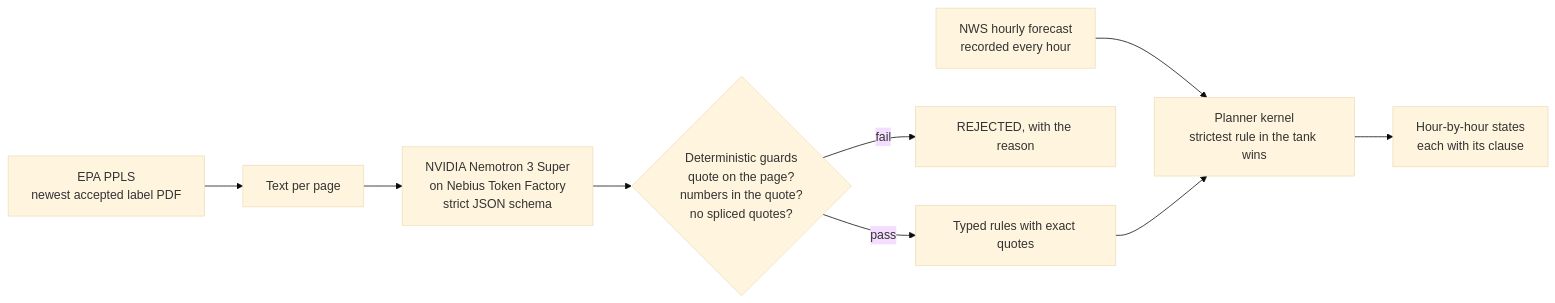
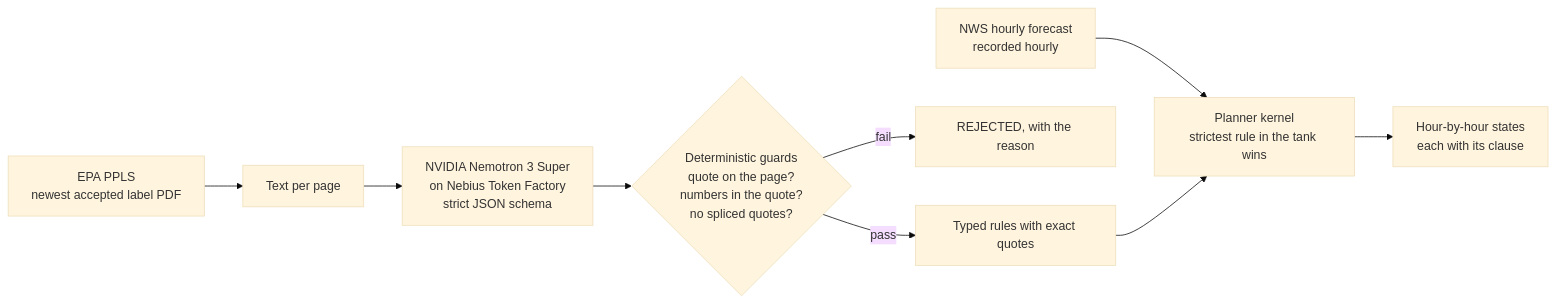
One commit to StephenSook/labelhand changed the diagram in README.md. Above: the diagram before and after it, drawn with Mermaid (base theme). The commit also changed other lines of this file and 1 other file, not shown here.

Commit message:
Document the season replay and day-ahead forecast check-back with audited numbers

````diff
--- a/README.md
+++ b/README.md
@@ -24,11 +24,11 @@
 ```mermaid
 flowchart LR
   A[EPA PPLS<br/>newest accepted label PDF] --> B[Text per page]
   B --> C[NVIDIA Nemotron 3 Super<br/>on Nebius Token Factory<br/>strict JSON schema]
   C --> D{Deterministic guards<br/>quote on the page?<br/>numbers in the quote?<br/>no spliced quotes?}
   D -- pass --> E[Typed rules with exact quotes]
   D -- fail --> R[REJECTED, with the reason]
-  F[NWS hourly forecast<br/>recorded every hour] --> G[Planner kernel<br/>strictest rule in the tank wins]
+  F[NWS hourly forecast<br/>recorded hourly] --> G[Planner kernel<br/>strictest rule in the tank wins]
   E --> G
   G --> H[Hour-by-hour states<br/>each with its clause]
 ```
````
